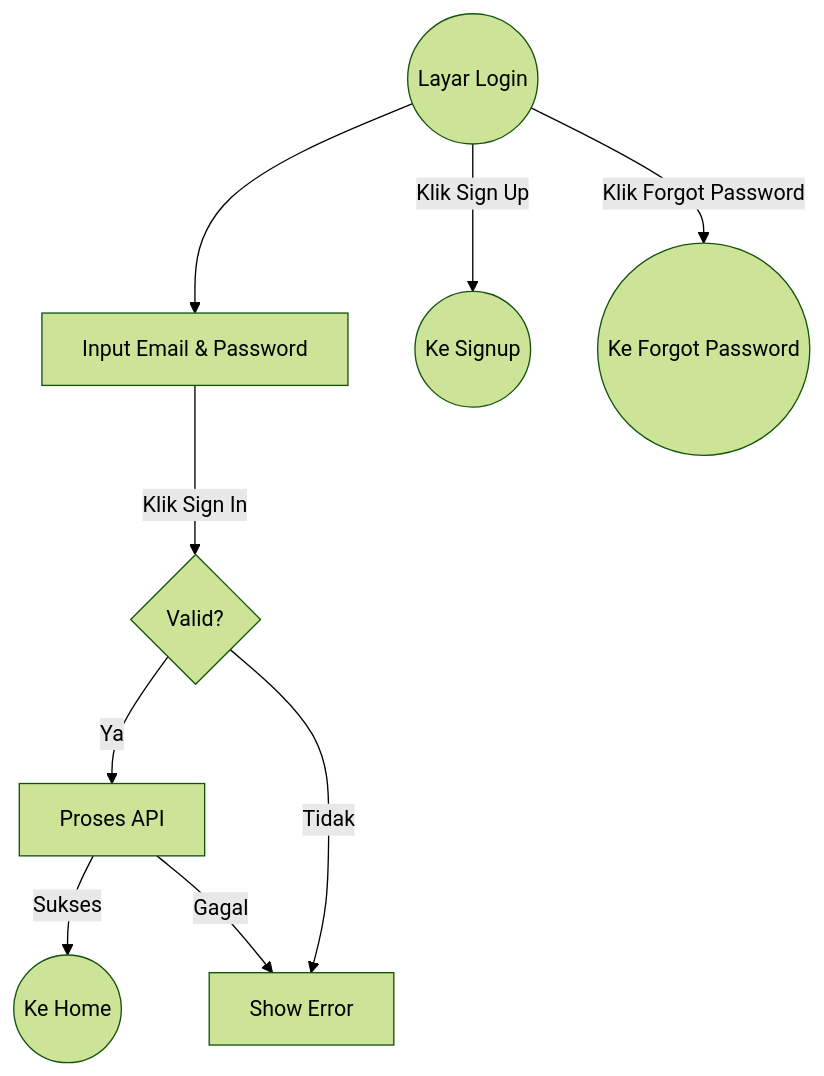
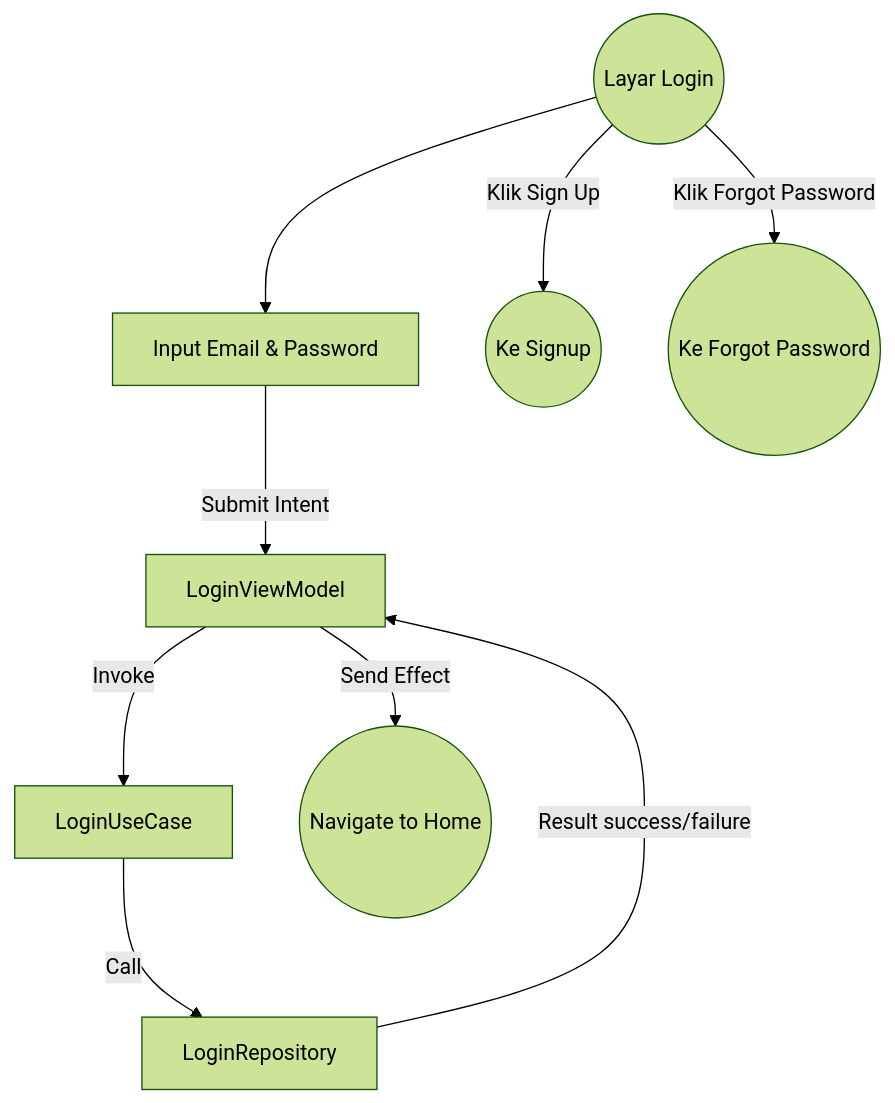
One commit to muharifandi/compose-mvi changed the first of 2 diagrams in docs/docs-feature/auth-feature.md. Above: the diagram before and after it, drawn with Mermaid (forest theme). The commit also changed other lines of this file and 53 other files, not shown here.

Commit message:
Refactor: Implement Clean Architecture, SOLID principles, and update documentation for Master, Auth, and Onboarding features

````diff
--- a/docs/docs-feature/auth-feature.md
+++ b/docs/docs-feature/auth-feature.md
@@ -12,12 +17,12 @@
 ```mermaid
 graph TD
     Entry((Layar Login)) --> Input[Input Email & Password]
-    Input -- "Klik Sign In" --> Valid{Valid?}
-    Valid -- Ya --> Loading[Proses API]
-    Valid -- Tidak --> Error[Show Error]
-    Loading -- Sukses --> Home((Ke Home))
-    Loading -- Gagal --> Error
+    Input -- "Submit Intent" --> VM[LoginViewModel]
+    VM -- "Invoke" --> UC[LoginUseCase]
+    UC -- "Call" --> Repo[LoginRepository]
+    Repo -- "Result success/failure" --> VM
+    VM -- "Send Effect" --> Home((Navigate to Home))
     
     Entry -- "Klik Sign Up" --> RegisterFlow((Ke Signup))
     Entry -- "Klik Forgot Password" --> ForgotFlow((Ke Forgot Password))
 ```
````
